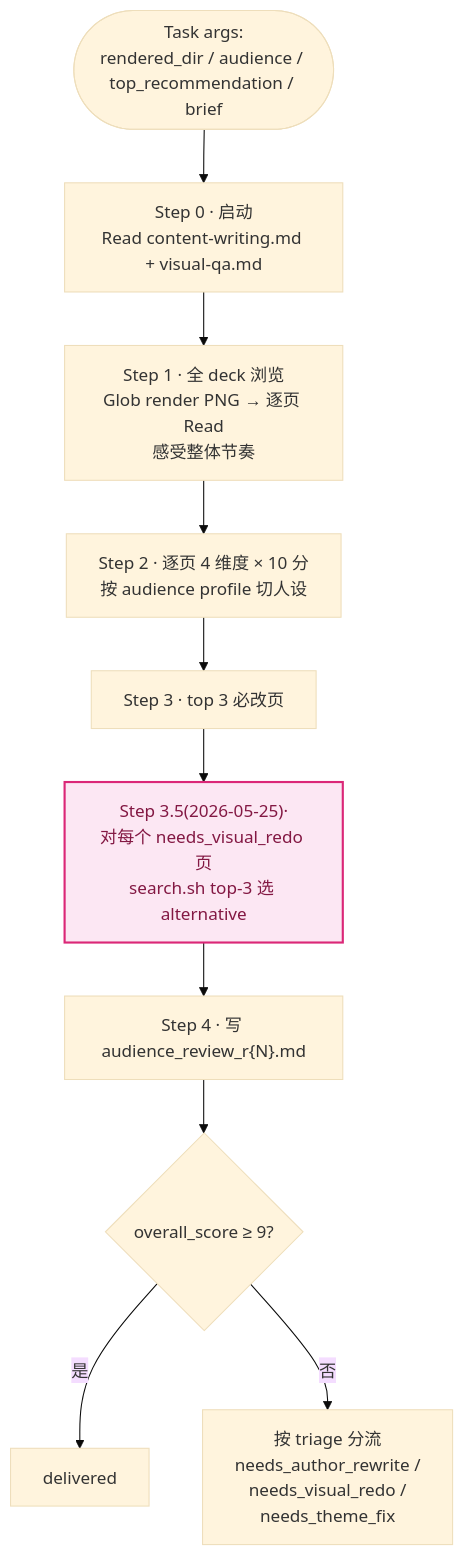
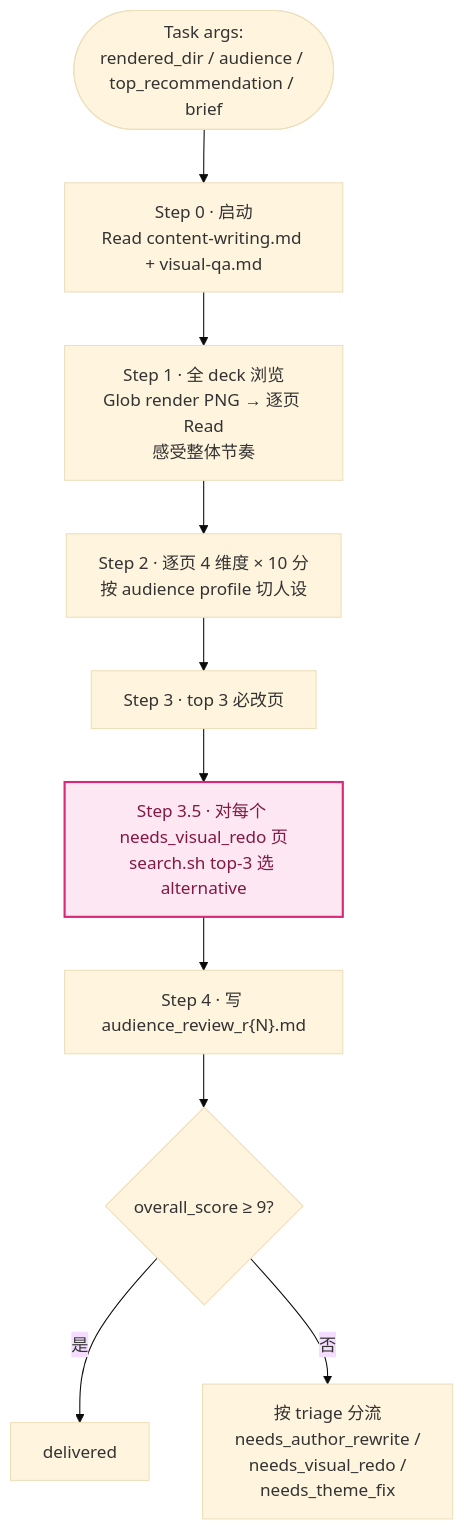
One commit to pcliangx/iLovePPT changed the tenth of 12 diagrams in docs/agent-internals.zh.md. Above: the diagram before and after it, drawn with Mermaid (base theme). The commit also changed other lines of this file and 38 other files, not shown here.

````diff
--- a/docs/agent-internals.zh.md
+++ b/docs/agent-internals.zh.md
@@ -964,16 +969,16 @@
 ```mermaid
 flowchart TB
     I([Task args:<br/>rendered_dir / audience / top_recommendation / brief]) --> S0
     S0["Step 0 · 启动<br/>Read content-writing.md + visual-qa.md"] --> S1
     S1["Step 1 · 全 deck 浏览<br/>Glob render PNG → 逐页 Read<br/>感受整体节奏"]
     S1 --> S2["Step 2 · 逐页 4 维度 × 10 分<br/>按 audience profile 切人设"]
     S2 --> S3["Step 3 · top 3 必改页"]
-    S3 --> S35["Step 3.5(2026-05-25)·<br/>对每个 needs_visual_redo 页<br/>search.sh top-3 选 alternative"]
+    S3 --> S35["Step 3.5 · 对每个 needs_visual_redo 页<br/>search.sh top-3 选 alternative"]
     S35 --> S4["Step 4 · 写 audience_review_r{N}.md"]
     S4 --> S5{overall_score ≥ 9?}
     S5 -->|是| D["delivered"]
     S5 -->|否| T["按 triage 分流<br/>needs_author_rewrite /<br/>needs_visual_redo /<br/>needs_theme_fix"]
 
     classDef rag fill:#FCE7F3,stroke:#DB2777,stroke-width:2px,color:#831843
     class S35 rag
 ```
````
